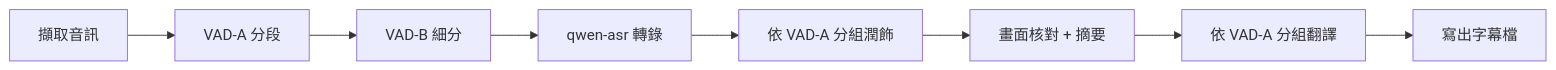
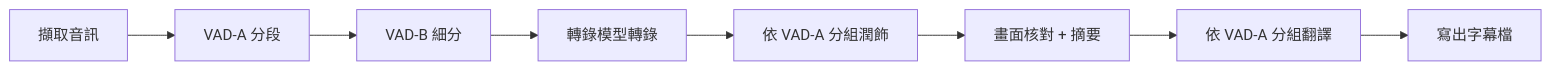
The second of 2 diagrams in docs/stable/transcribe-pipeline/README.md (lanyitin/runline), drawn with Mermaid before and after one commit. The commit also changed other lines of this file and 43 other files, not shown here.

First line of the commit message:
feat(transcribe): upstream error detail reaches the pipeline, and the docs add ASR by labels, generation limits, group summaries, the ASR coverage sweep and denoise before VAD (ADR-042 to ADR-046, WI-1428 to WI-1442)

````diff
--- a/docs/stable/transcribe-pipeline/README.md
+++ b/docs/stable/transcribe-pipeline/README.md
@@ -43,5 +44,5 @@
 ```mermaid
 flowchart LR
-  A[擷取音訊] --> B[VAD-A 分段] --> C[VAD-B 細分] --> D[qwen-asr 轉錄]
+  A[擷取音訊] --> B[VAD-A 分段] --> C[VAD-B 細分] --> D[轉錄模型轉錄]
   D --> E[依 VAD-A 分組潤飾] --> F[畫面核對 + 摘要] --> G[依 VAD-A 分組翻譯] --> H[寫出字幕檔]
 ```
````
